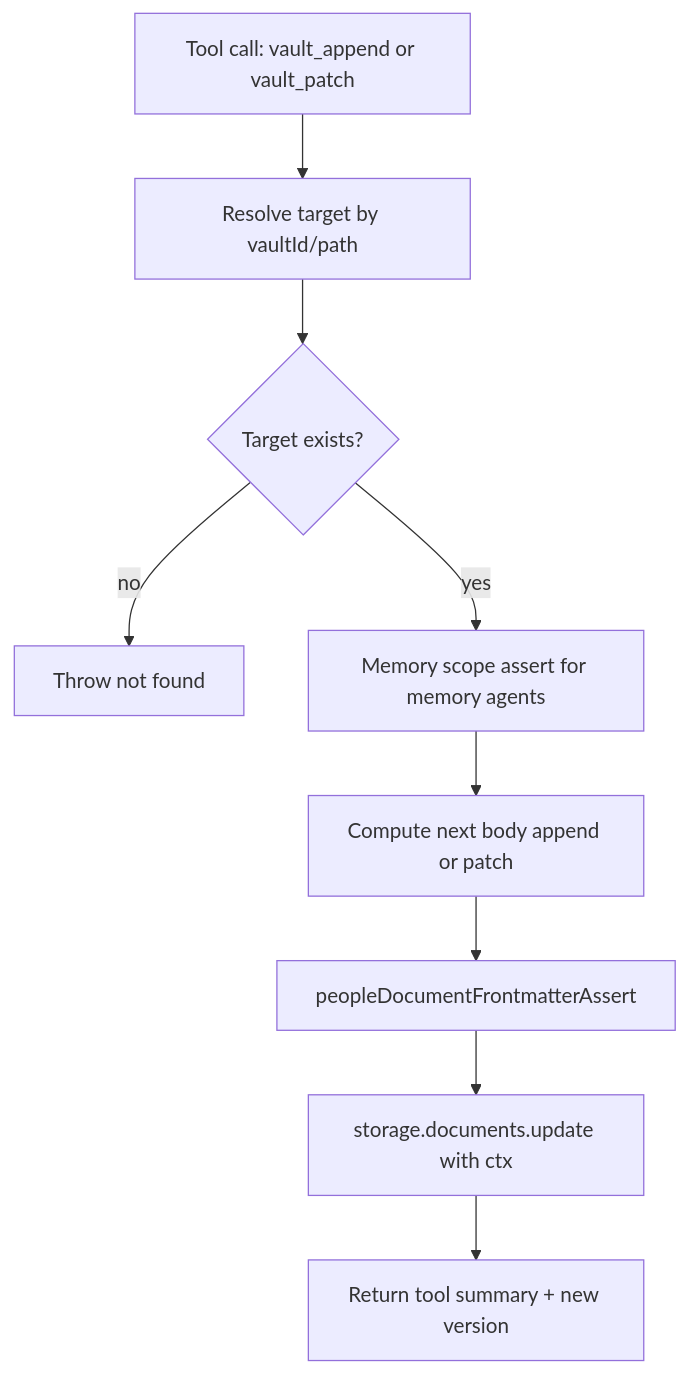
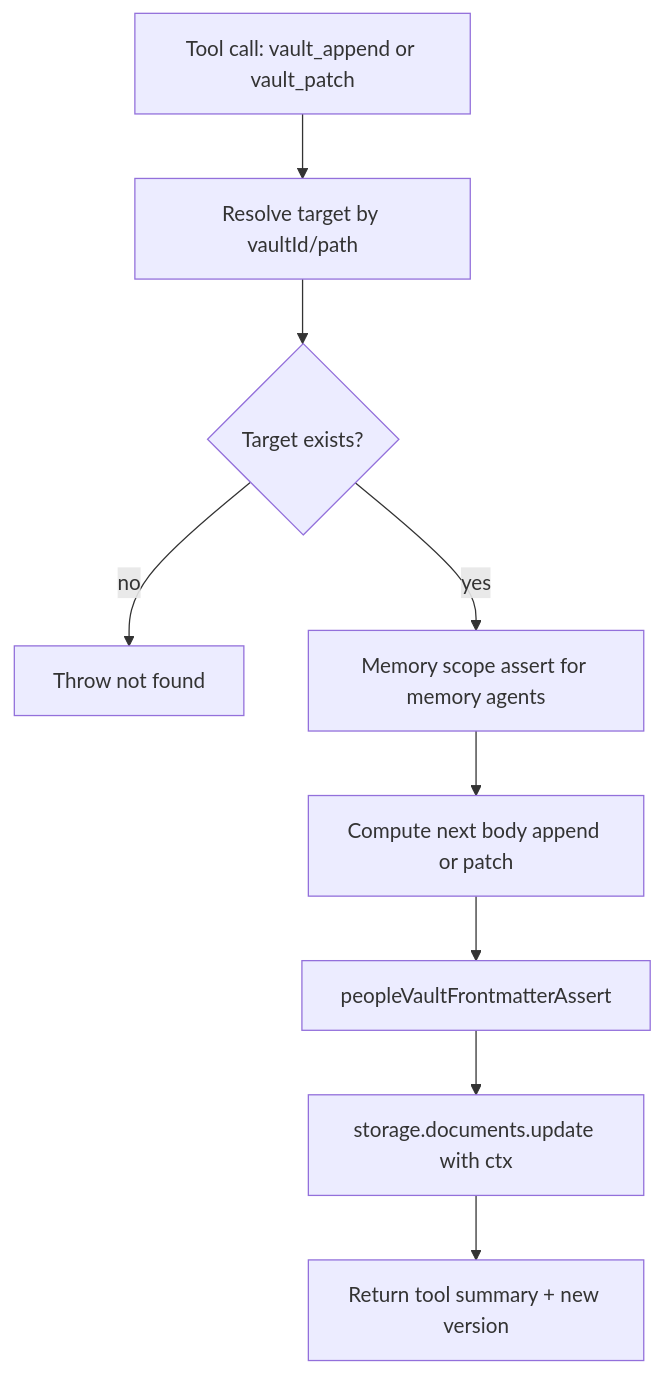
Before and after one commit to ex3ndr/daycare: the diagram in doc/internals/document-append-patch-tools.md, drawn with Mermaid. The commit also changed 186 other files, not shown here.

````diff
--- a/doc/internals/document-append-patch-tools.md
+++ b/doc/internals/document-append-patch-tools.md
@@ -16,11 +16,11 @@
 ```mermaid
 flowchart TD
   A[Tool call: vault_append or vault_patch] --> B[Resolve target by vaultId/path]
   B --> C{Target exists?}
   C -- no --> D[Throw not found]
   C -- yes --> E[Memory scope assert for memory agents]
   E --> F[Compute next body append or patch]
-  F --> G[peopleDocumentFrontmatterAssert]
+  F --> G[peopleVaultFrontmatterAssert]
   G --> H[storage.documents.update with ctx]
   H --> I[Return tool summary + new version]
 ```
````
